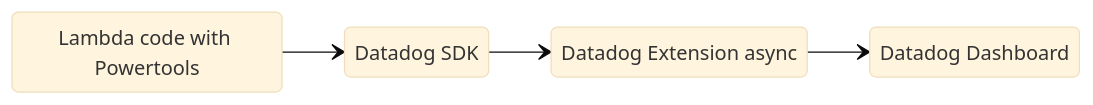
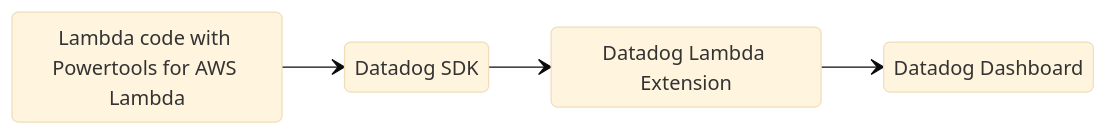
One commit to aws-powertools/powertools-lambda-python changed the diagram in docs/core/metrics_datadog.md. Above: the diagram before and after it, drawn with Mermaid (base theme). The commit also changed other lines of this file, not shown here.

Commit message:
Adding more information about partners

````diff
--- a/docs/core/metrics_datadog.md
+++ b/docs/core/metrics_datadog.md
@@ -9,12 +12,12 @@
 ```mermaid
 stateDiagram-v2
     direction LR
-    LambdaCode: Lambda code with Powertools
+    LambdaCode: Lambda code with Powertools for AWS Lambda
     DatadogSDK: Datadog SDK
-    DatadogExtension: Datadog Extension async
+    DatadogExtension: Datadog Lambda Extension
     Datadog: Datadog Dashboard
 
     LambdaCode --> DatadogSDK
     DatadogSDK --> DatadogExtension
     DatadogExtension --> Datadog
 ```
````
